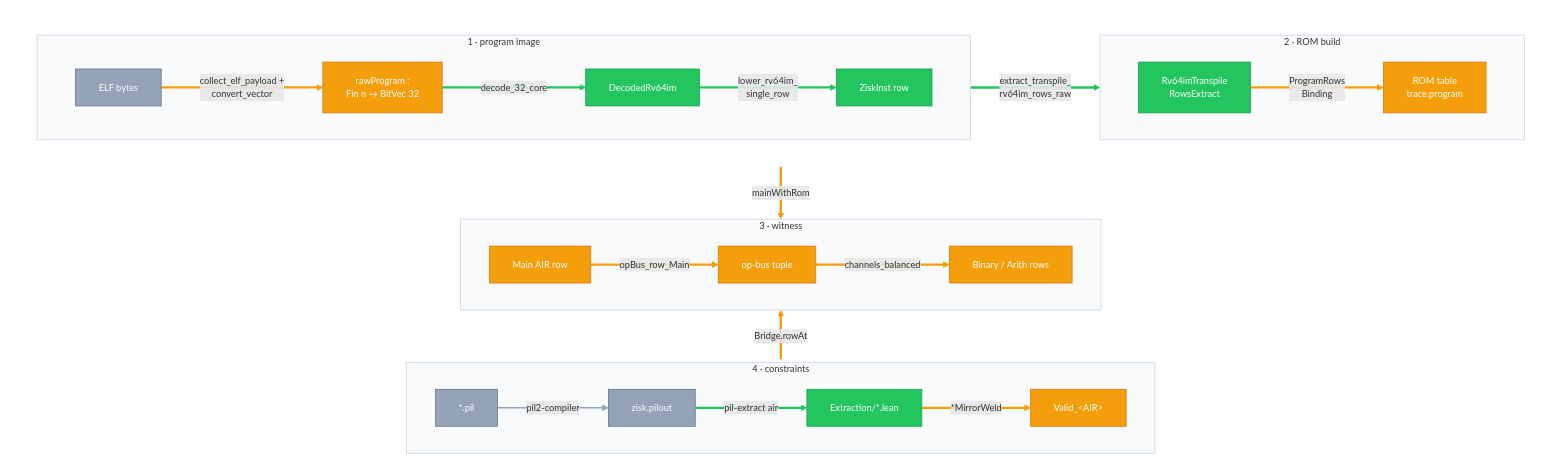
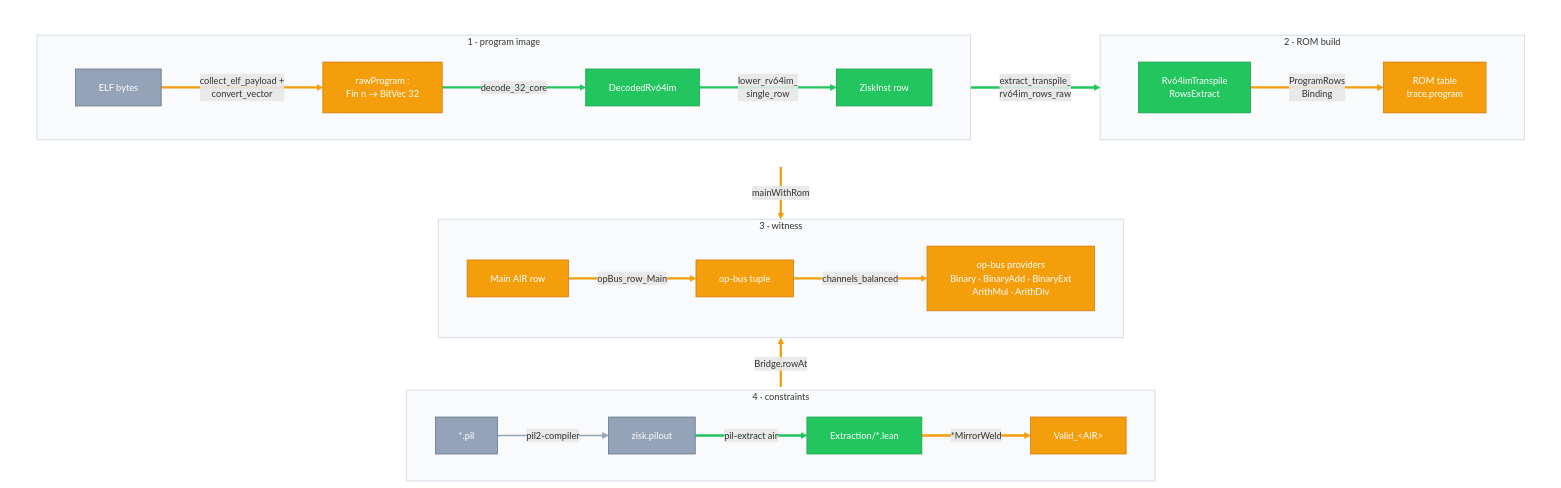
The diagram in 2026-09-21-zisk-fv-handoff/diagrams/zisk-extraction.mmd (codygunton/talks-and-writing), drawn with Mermaid before and after one commit. The commit also changed 2 other files, not shown here.

```diff
--- a/2026-09-21-zisk-fv-handoff/diagrams/zisk-extraction.mmd
+++ b/2026-09-21-zisk-fv-handoff/diagrams/zisk-extraction.mmd
@@ -1,92 +1,92 @@
 %%{init: {"theme": "default", "themeVariables": {"primaryTextColor": "#334155", "lineColor": "#94a3b8", "fontSize": "12px"}}}%%
 %% EDITING THIS FILE
 %%   Every arrow carries a name:   A e_foo@-->|"label"| B
 %%   Colour is set by name at the bottom, never by position.
 %%   Rule: an arrow takes the colour of the node it points AT.
 %%   Check your edit with:  node ../../check-mmd.mjs
 flowchart TB
     %% node palette
     classDef extracted fill:#22c55e,stroke:#16a34a,color:#ffffff
     classDef modeled   fill:#f59e0b,stroke:#d97706,color:#ffffff
     classDef assumed   fill:#ef4444,stroke:#dc2626,color:#ffffff
     classDef absent    fill:#94a3b8,stroke:#64748b,color:#ffffff
 
     %% arrow palette — same colours, fill:none so the curve is not filled
     classDef eExtracted stroke:#22c55e,stroke-width:3px,fill:none
     classDef eModeled   stroke:#f59e0b,stroke-width:3px,fill:none
     classDef eAssumed   stroke:#ef4444,stroke-width:3px,fill:none
     classDef eAbsent    stroke:#94a3b8,stroke-width:2px,fill:none
     %% `marker-end:none` suppresses the far arrowhead of a `<-->` edge, so it
     %% renders as a single arrow pointing back at the declared SOURCE.
     classDef eModeledUp stroke:#f59e0b,stroke-width:3px,fill:none,marker-end:none
 
     %% 1 and 2 sit side by side inside an unlabelled band.
     %% Its `direction LR` only survives while no NODE-level edge
     %% crosses the band boundary — that is why the arrow out of it
     %% below is drawn cluster-to-cluster (ROMB --> WIT).
     subgraph TOP[" "]
     direction LR
     subgraph SRC["1 · program image"]
         direction LR
         ELF["ELF bytes"]:::absent
         RAW["rawProgram :<br/>Fin n → BitVec 32"]:::modeled
         DEC["DecodedRv64im"]:::extracted
         ZI["ZiskInst row"]:::extracted
         ELF e_fetch@-->|"collect_elf_payload +<br/>convert_vector"| RAW
         RAW e_decode@-->|"decode_32_core"| DEC
         DEC e_lower@-->|"lower_rv64im_<br/>single_row"| ZI
     end
 
     subgraph ROMB["2 · ROM build"]
         direction LR
         AEN["Rv64imTranspile<br/>RowsExtract"]:::extracted
         ROMT["ROM table<br/>trace.program"]:::modeled
         AEN e_progbind@-->|"ProgramRows<br/>Binding"| ROMT
     end
     ZI e_transpile@-->|"extract_transpile_<br/>rv64im_rows_raw"| AEN
     end
 
     subgraph WIT["3 · witness"]
         direction LR
         MT["Main AIR row"]:::modeled
         OB["op-bus tuple"]:::modeled
-        SEC["Binary / Arith rows"]:::modeled
+        SEC["op-bus providers<br/>Binary · BinaryAdd · BinaryExt<br/>ArithMul · ArithDiv"]:::modeled
         MT e_opbus@-->|"opBus_row_Main"| OB
         OB e_balance@-->|"channels_balanced"| SEC
     end
 
     subgraph CON["4 · constraints"]
         direction LR
         PIL["*.pil"]:::absent
         PO["zisk.pilout"]:::absent
         EX["Extraction/*.lean"]:::extracted
         VA["Valid_&lt;AIR&gt;"]:::modeled
         PIL e_pilc@-->|"pil2-compiler"| PO
         PO e_pilextract@-->|"pil-extract air"| EX
         EX e_weld@-->|"*MirrorWeld"| VA
     end
 
     %% Both of these are CLUSTER-level on purpose. A subgraph keeps its
     %% `direction` only while none of its NODES is an endpoint of an edge
     %% crossing its boundary -- so `ROMB --> WIT` would stack 1 above 2, and
     %% `VA --> WIT` would stack subgraph 4 vertically.
     %% e_bridge is DECLARED WIT -> CON so that 4 ranks below 3 and keeps its
     %% `direction LR`. It is drawn `<-->` and given `eModeledUp`, whose
     %% `marker-end:none` removes the arrowhead at the CON end -- so it renders
     %% as a single arrow pointing UP from 4 into 3, the real Bridge.rowAt
     %% direction (`AirsClean/Main/Bridge.lean:34`: Valid_Main -> MainRow).
     %% Mermaid has no plain up-arrow; only `<-->` carries a start marker.
     TOP e_mainrom@-->|"mainWithRom"| WIT
     WIT e_bridge@<-->|"Bridge.rowAt"| CON
 
     %% arrow colours — by name, order does not matter
     class e_decode,e_lower,e_pilextract,e_transpile eExtracted
     class e_fetch,e_progbind,e_opbus,e_balance,e_weld,e_mainrom eModeled
     class e_bridge eModeledUp
     class e_pilc eAbsent
 
     style TOP  fill:none,stroke:none
     style SRC  fill:#f8fafc,stroke:#cbd5e1
     style ROMB fill:#f8fafc,stroke:#cbd5e1
     style WIT  fill:#f8fafc,stroke:#cbd5e1
     style CON  fill:#f8fafc,stroke:#cbd5e1
```
